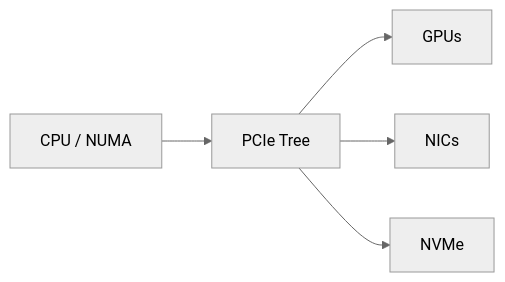
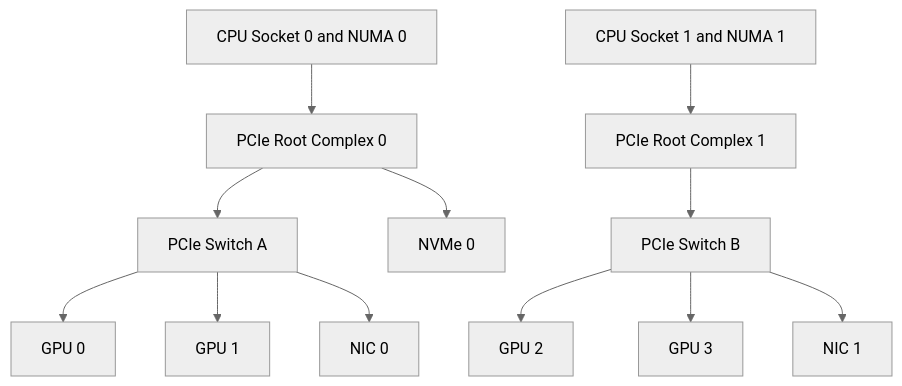
The diagram in docs/nvidia-zero-to-hero/volume-07/labs/lab-01-inspect-pcie-numa-and-gpu-topology.md (jithinpnjm/nvidia-devops), drawn with Mermaid (neutral theme) before and after one commit. The commit also changed other lines of this file, not shown here.

````diff
--- a/docs/nvidia-zero-to-hero/volume-07/labs/lab-01-inspect-pcie-numa-and-gpu-topology.md
+++ b/docs/nvidia-zero-to-hero/volume-07/labs/lab-01-inspect-pcie-numa-and-gpu-topology.md
@@ -31,7 +50,26 @@
 ```mermaid
-flowchart LR
-    CPU[CPU / NUMA] --> PCIE[PCIe Tree]
-    PCIE --> GPU[GPUs]
-    PCIE --> NIC[NICs]
-    PCIE --> NVME[NVMe]
+flowchart TD
+    CPU0[CPU Socket 0 and NUMA 0]
+    CPU1[CPU Socket 1 and NUMA 1]
+    Root0[PCIe Root Complex 0]
+    Root1[PCIe Root Complex 1]
+    Switch0[PCIe Switch A]
+    Switch1[PCIe Switch B]
+    GPU0[GPU 0]
+    GPU1[GPU 1]
+    GPU2[GPU 2]
+    GPU3[GPU 3]
+    NIC0[NIC 0]
+    NIC1[NIC 1]
+    NVMe0[NVMe 0]
+
+    CPU0 --> Root0 --> Switch0
+    CPU1 --> Root1 --> Switch1
+    Switch0 --> GPU0
+    Switch0 --> GPU1
+    Switch0 --> NIC0
+    Switch1 --> GPU2
+    Switch1 --> GPU3
+    Switch1 --> NIC1
+    Root0 --> NVMe0
 ```
````
